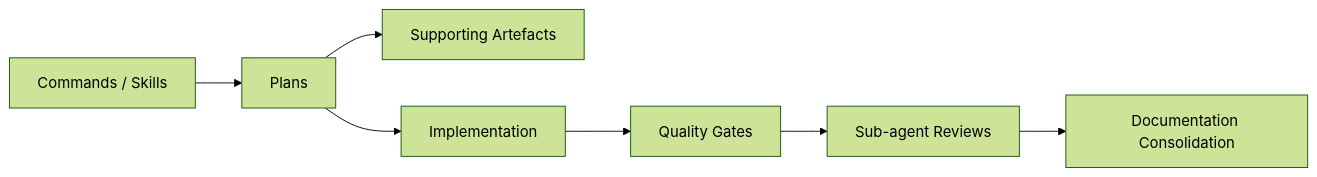
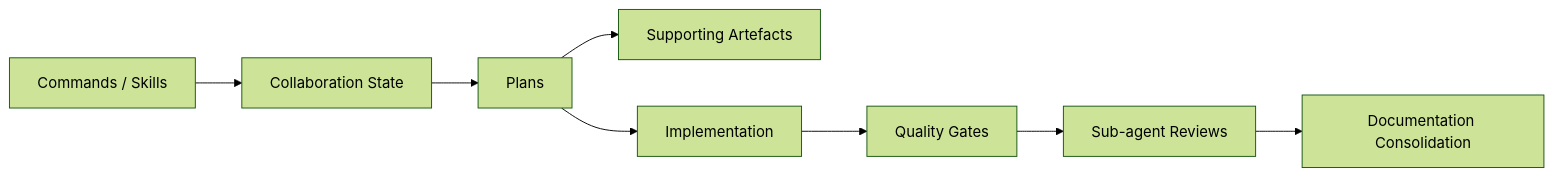
The third of 3 diagrams in .agent/practice-core/practice.md (oaknational/oak-open-curriculum-ecosystem), drawn with Mermaid (forest theme) before and after one commit. The commit also changed other lines of this file and 1727 other files, not shown here.

````diff
--- a/.agent/practice-core/practice.md
+++ b/.agent/practice-core/practice.md
@@ -209,9 +234,10 @@
 ```mermaid
 graph LR
-    CMD[Commands / Skills] --> PLAN[Plans]
+    CMD[Commands / Skills] --> STATE[Collaboration State]
+    STATE --> PLAN[Plans]
     PLAN --> SUPP[Supporting Artefacts]
     PLAN --> WORK[Implementation]
     WORK --> QG[Quality Gates]
     QG --> REVIEW[Sub-agent Reviews]
     REVIEW --> CONSOL[Documentation Consolidation]
 ```
````
